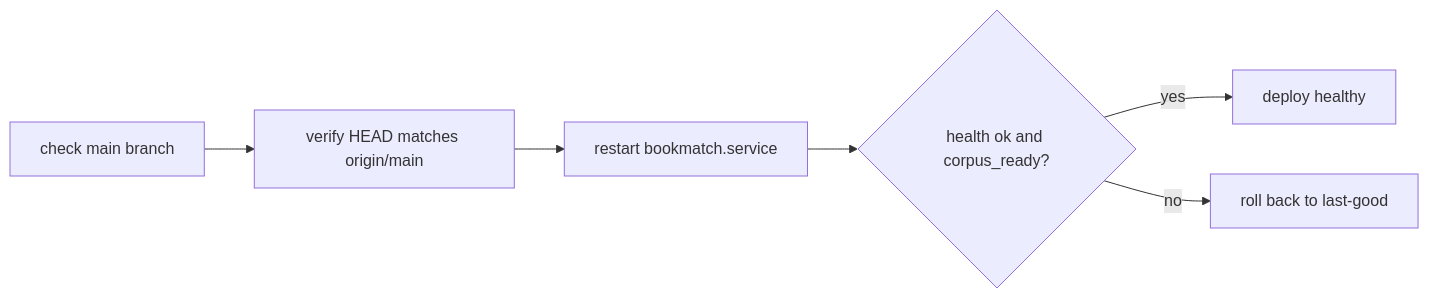
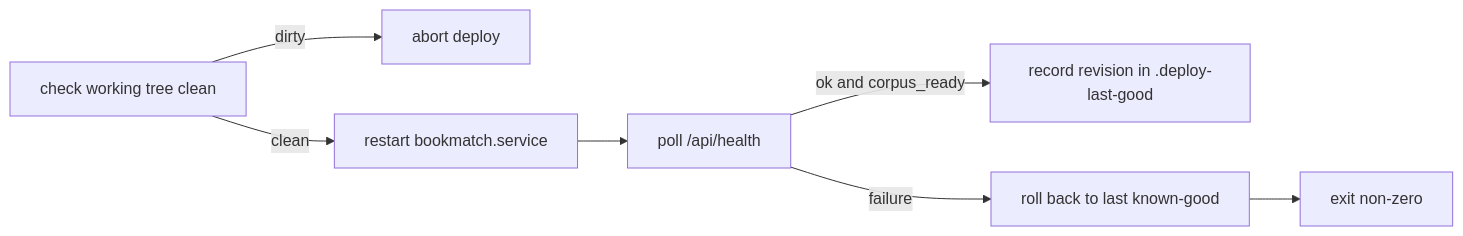
One commit to cptntrps/bookmatch changed the fourth of 4 diagrams in docs/3_WORKFLOWS.md. Above: the diagram before and after it, drawn with Mermaid. The commit also changed other lines of this file and 5 other files, not shown here.

````diff
--- a/docs/3_WORKFLOWS.md
+++ b/docs/3_WORKFLOWS.md
@@ -111,8 +112,9 @@
 ```mermaid
 graph LR
-    A[check main branch] --> B[verify HEAD matches origin/main]
-    B --> C[restart bookmatch.service]
-    C --> D{health ok and corpus_ready?}
-    D -- yes --> E[deploy healthy]
-    D -- no --> F[roll back to last-good]
+    A[check working tree clean] -->|dirty| B[abort deploy]
+    A -->|clean| C[restart bookmatch.service]
+    C --> D[poll /api/health]
+    D -->|ok and corpus_ready| E[record revision in .deploy-last-good]
+    D -->|failure| F[roll back to last known-good]
+    F --> G[exit non-zero]
 ```
````
